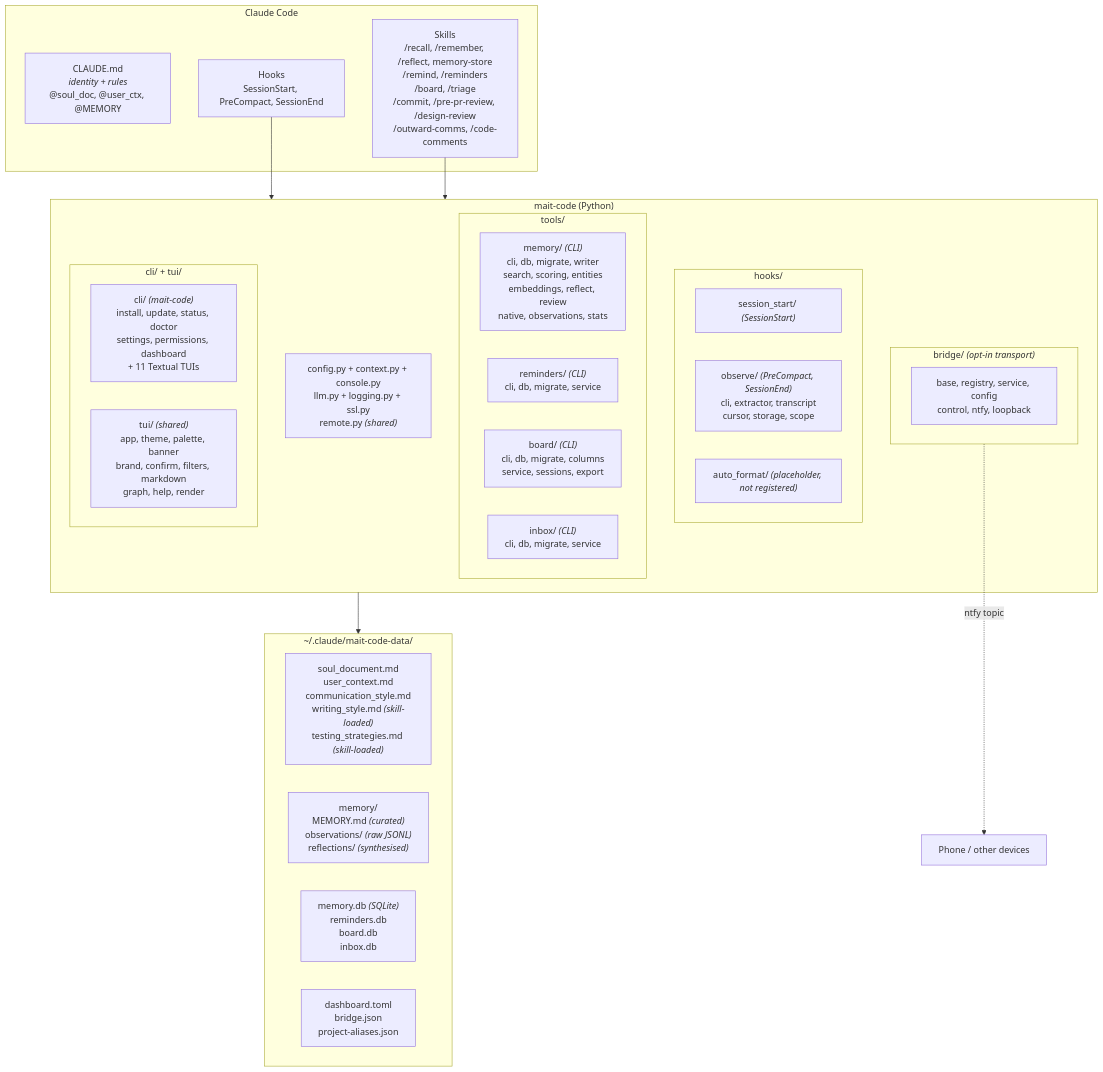
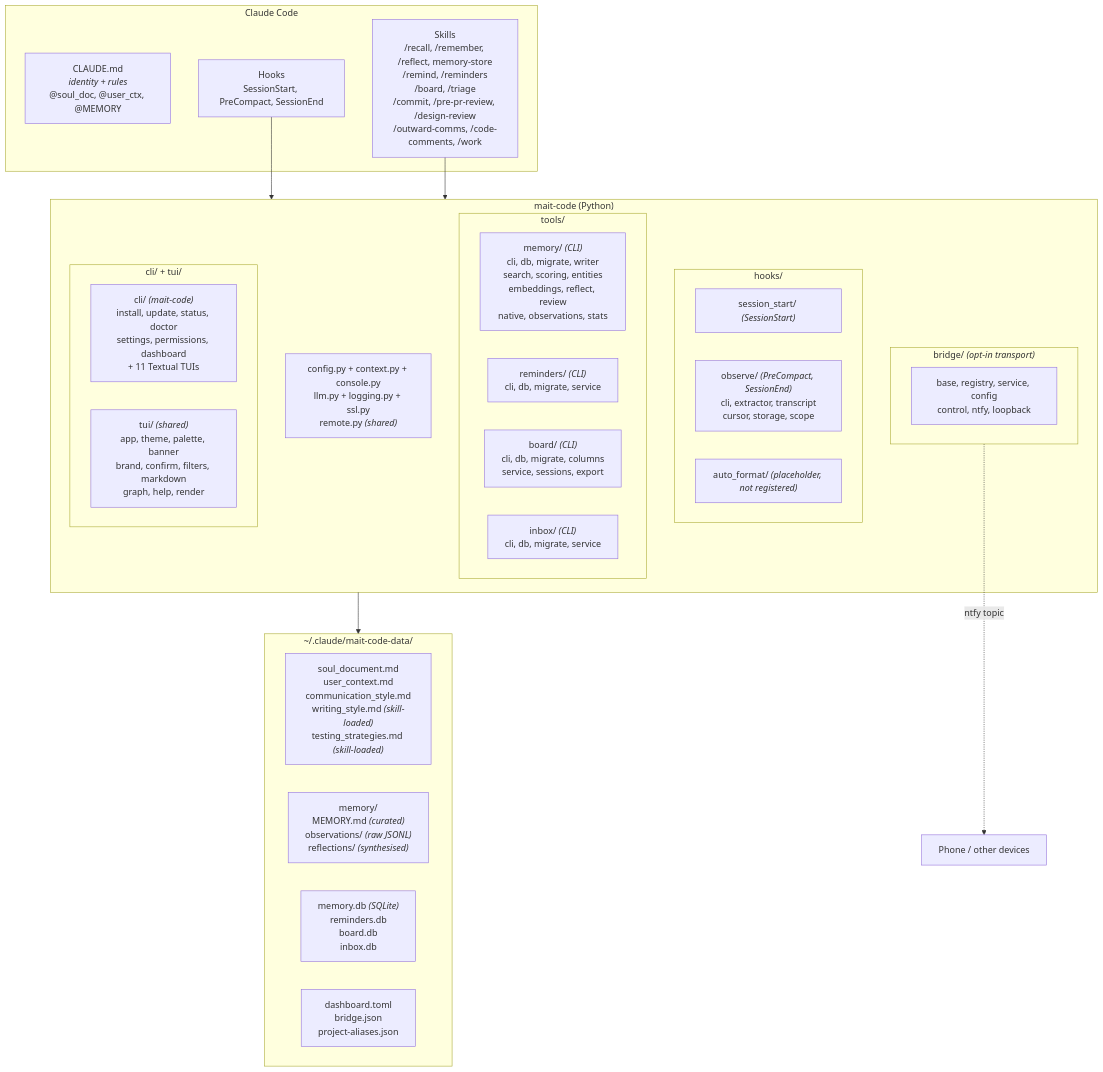
Before and after one commit to wiktordepina/mait-code: the first of 4 diagrams in docs/architecture.md, drawn with Mermaid. The commit also changed 5 other files, not shown here.

First line of the commit message:
feat(skills): add /work, a playbook from refinement to pull request

````diff
--- a/docs/architecture.md
+++ b/docs/architecture.md
@@ -14,42 +14,42 @@
 ```mermaid
 graph TD
     subgraph claude_code ["Claude Code"]
         CLAUDE_MD["CLAUDE.md<br/><i>identity + rules</i><br/>@soul_doc, @user_ctx, @MEMORY"]
         HOOKS["Hooks<br/>SessionStart, PreCompact, SessionEnd"]
-        SKILLS["Skills<br/>/recall, /remember, /reflect, memory-store<br/>/remind, /reminders<br/>/board, /triage<br/>/commit, /pre-pr-review, /design-review<br/>/outward-comms, /code-comments"]
+        SKILLS["Skills<br/>/recall, /remember, /reflect, memory-store<br/>/remind, /reminders<br/>/board, /triage<br/>/commit, /pre-pr-review, /design-review<br/>/outward-comms, /code-comments, /work"]
     end
 
     subgraph mait_code ["mait-code (Python)"]
         subgraph hooks_pkg ["hooks/"]
             session_start["session_start/ <i>(SessionStart)</i>"]
             observe["observe/ <i>(PreCompact, SessionEnd)</i><br/>cli, extractor, transcript<br/>cursor, storage, scope"]
             auto_format["auto_format/ <i>(placeholder, not registered)</i>"]
         end
         subgraph tools_pkg ["tools/"]
             memory_tool["memory/ <i>(CLI)</i><br/>cli, db, migrate, writer<br/>search, scoring, entities<br/>embeddings, reflect, review<br/>native, observations, stats"]
             reminders_tool["reminders/ <i>(CLI)</i><br/>cli, db, migrate, service"]
             board_tool["board/ <i>(CLI)</i><br/>cli, db, migrate, columns<br/>service, sessions, export"]
             inbox_tool["inbox/ <i>(CLI)</i><br/>cli, db, migrate, service"]
         end
         subgraph bridge_pkg ["bridge/ <i>(opt-in transport)</i>"]
             bridge_core["base, registry, service, config<br/>control, ntfy, loopback"]
         end
         subgraph ui_pkg ["cli/ + tui/"]
             cli_layer["cli/ <i>(mait-code)</i><br/>install, update, status, doctor<br/>settings, permissions, dashboard<br/>+ 11 Textual TUIs"]
             tui_layer["tui/ <i>(shared)</i><br/>app, theme, palette, banner<br/>brand, confirm, filters, markdown<br/>graph, help, render"]
         end
         shared["config.py + context.py + console.py<br/>llm.py + logging.py + ssl.py<br/>remote.py <i>(shared)</i>"]
     end
 
     subgraph data_dir ["~/.claude/mait-code-data/"]
         identity["soul_document.md<br/>user_context.md<br/>communication_style.md<br/>writing_style.md <i>(skill-loaded)</i><br/>testing_strategies.md <i>(skill-loaded)</i>"]
         memory_store["memory/<br/>MEMORY.md <i>(curated)</i><br/>observations/ <i>(raw JSONL)</i><br/>reflections/ <i>(synthesised)</i>"]
         other_dbs["memory.db <i>(SQLite)</i><br/>reminders.db<br/>board.db<br/>inbox.db"]
         cfg["dashboard.toml<br/>bridge.json<br/>project-aliases.json"]
     end
 
     HOOKS --> mait_code
     SKILLS --> mait_code
     mait_code --> data_dir
     bridge_pkg -.->|"ntfy topic"| phone["Phone / other devices"]
 ```
````
